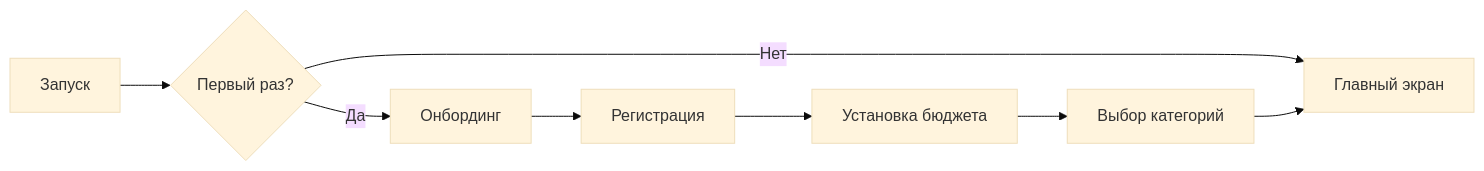
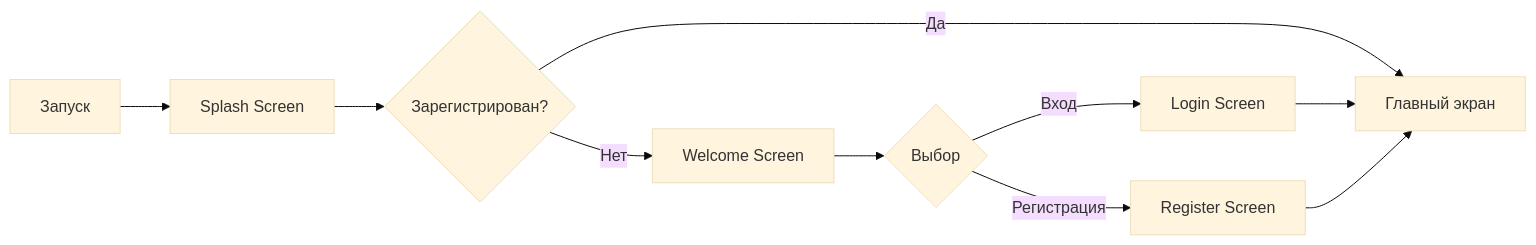
The fifth of 14 diagrams in README.md (LiebeBleck/FinWise_v2), drawn with Mermaid (base theme) before and after one commit. The commit also changed other lines of this file, not shown here.

First line of the commit message:
Update README.md: reflect new auth flow and splash screen

````diff
--- a/README.md
+++ b/README.md
@@ -331,10 +331,12 @@
 ```mermaid
 flowchart LR
-    A[Запуск] --> B{Первый раз?}
-    B -->|Да| C[Онбординг]
-    B -->|Нет| D[Главный экран]
-    C --> E[Регистрация]
-    E --> F[Установка бюджета]
-    F --> G[Выбор категорий]
+    A[Запуск] --> B[Splash Screen]
+    B --> C{Зарегистрирован?}
+    C -->|Да| D[Главный экран]
+    C -->|Нет| E[Welcome Screen]
+    E --> F{Выбор}
+    F -->|Вход| G[Login Screen]
+    F -->|Регистрация| H[Register Screen]
     G --> D
+    H --> D
 ```
````
